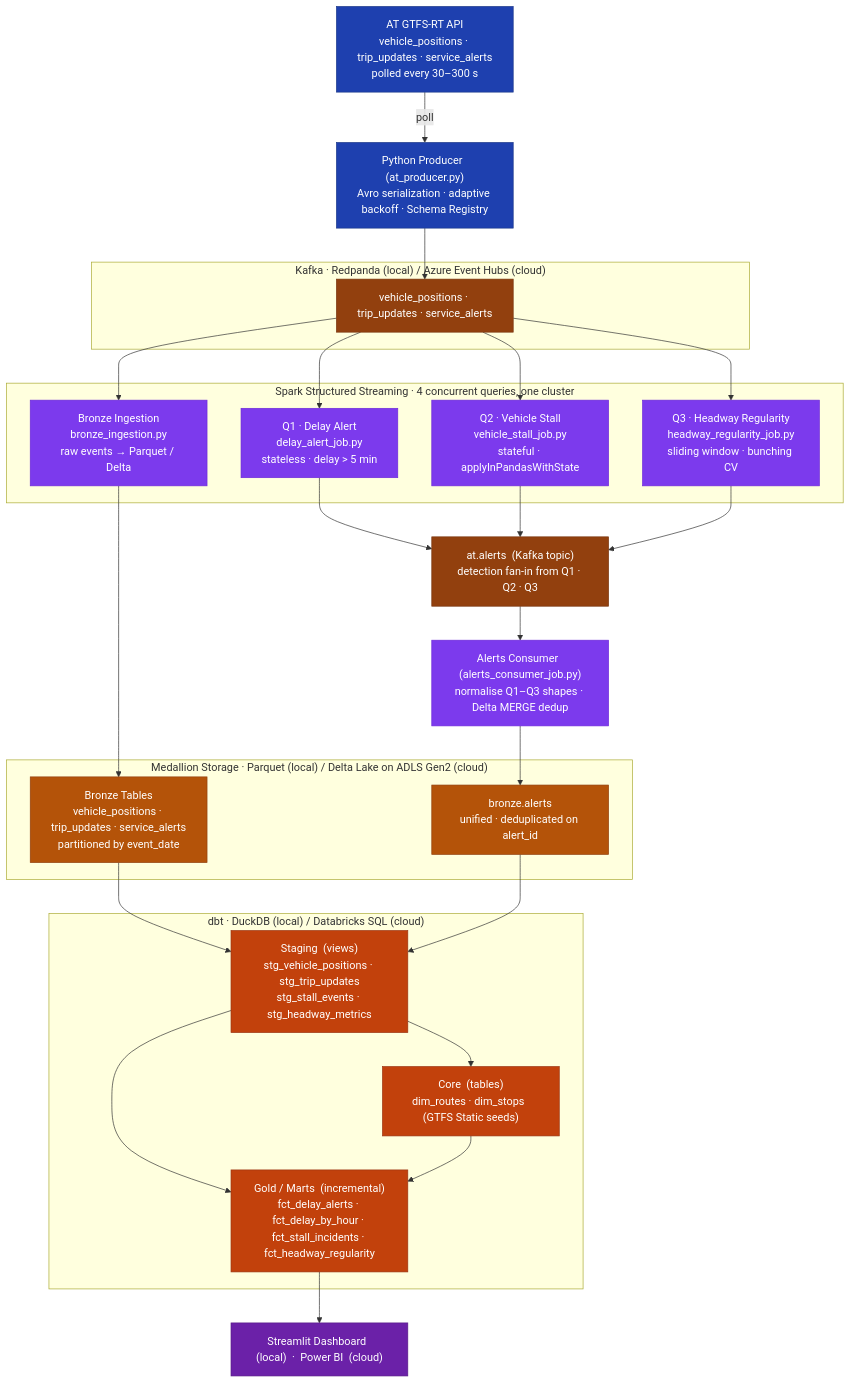
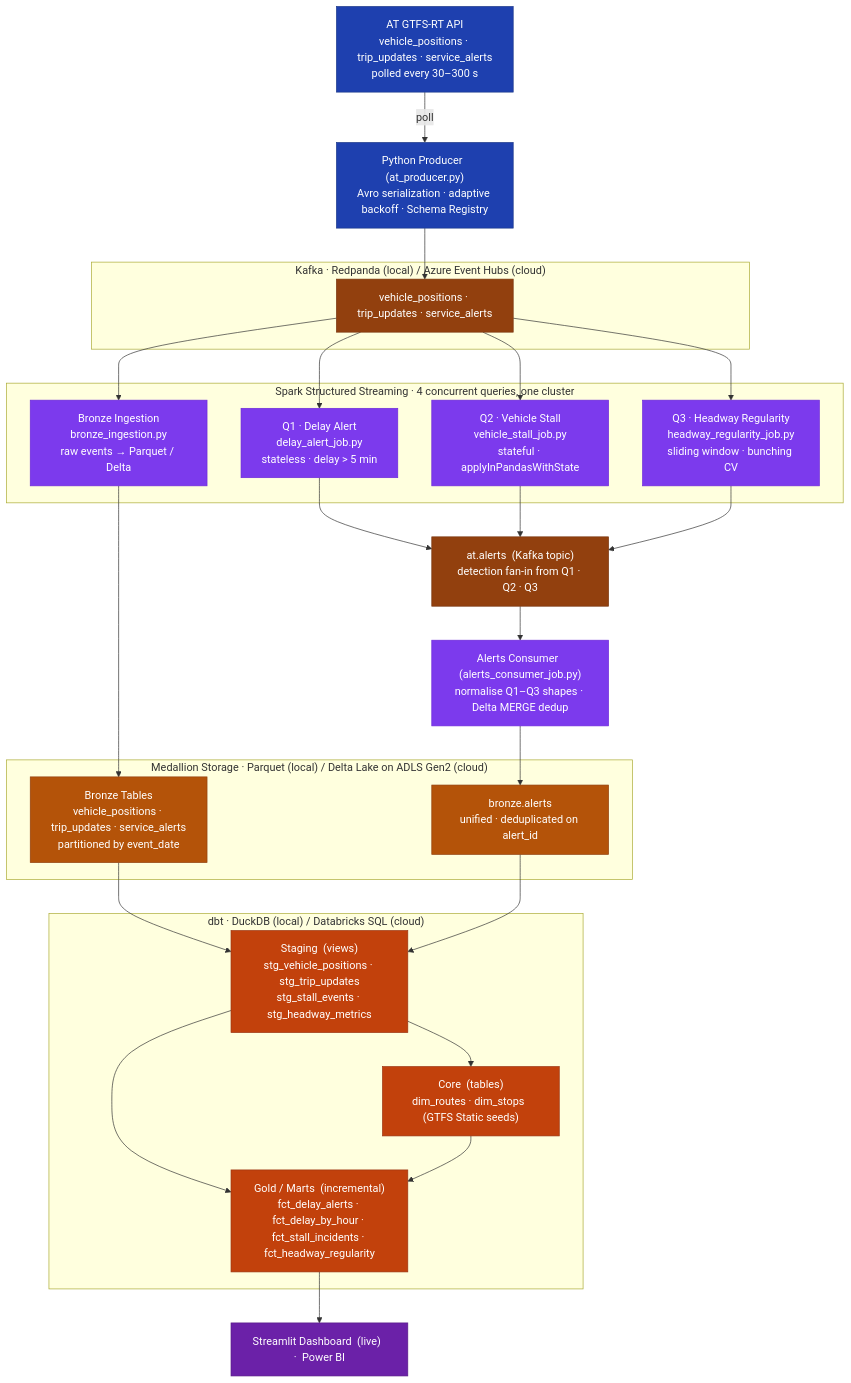
Before and after one commit to gaoxinglin/at-streaming-data-pipeline: the diagram in README.md, drawn with Mermaid. The commit also changed other lines of this file, not shown here.

Commit message:
docs: update README to clarify CI process and dashboard descriptions

````diff
--- a/README.md
+++ b/README.md
@@ -35,58 +36,58 @@
 ```mermaid
 flowchart TD
     API["AT GTFS-RT API\nvehicle_positions · trip_updates · service_alerts\npolled every 30–300 s"]
     PROD["Python Producer  (at_producer.py)\nAvro serialization · adaptive backoff · Schema Registry"]
 
     subgraph KAFKA["  Kafka  ·  Redpanda (local) / Azure Event Hubs (cloud)  "]
         KIN["vehicle_positions · trip_updates · service_alerts"]
     end
 
     subgraph SPARK["  Spark Structured Streaming  ·  4 concurrent queries, one cluster  "]
         BRZ["Bronze Ingestion\nbronze_ingestion.py\nraw events → Parquet / Delta"]
         Q1["Q1 · Delay Alert\ndelay_alert_job.py\nstateless · delay > 5 min"]
         Q2["Q2 · Vehicle Stall\nvehicle_stall_job.py\nstateful · applyInPandasWithState"]
         Q3["Q3 · Headway Regularity\nheadway_regularity_job.py\nsliding window · bunching CV"]
     end
 
     KOUT["at.alerts  (Kafka topic)\ndetection fan-in from Q1 · Q2 · Q3"]
     CONS["Alerts Consumer  (alerts_consumer_job.py)\nnormalise Q1–Q3 shapes · Delta MERGE dedup"]
 
     subgraph STORE["  Medallion Storage  ·  Parquet (local) / Delta Lake on ADLS Gen2 (cloud)  "]
         BT["Bronze Tables\nvehicle_positions · trip_updates · service_alerts\npartitioned by event_date"]
         BA["bronze.alerts\nunified · deduplicated on alert_id"]
     end
 
     subgraph TRANSFORM["  dbt  ·  DuckDB (local) / Databricks SQL (cloud)  "]
         STG["Staging  (views)\nstg_vehicle_positions · stg_trip_updates\nstg_stall_events · stg_headway_metrics"]
         CORE["Core  (tables)\ndim_routes · dim_stops  (GTFS Static seeds)"]
         GOLD["Gold / Marts  (incremental)\nfct_delay_alerts · fct_delay_by_hour · fct_stall_incidents · fct_headway_regularity"]
     end
 
-    DASH["Streamlit Dashboard  (local)  ·  Power BI  (cloud)"]
+    DASH["Streamlit Dashboard  (live)  ·  Power BI  "]
 
     API -->|"poll"| PROD
     PROD --> KIN
     KIN --> BRZ & Q1 & Q2 & Q3
     BRZ --> BT
     Q1 & Q2 & Q3 --> KOUT
     KOUT --> CONS
     CONS --> BA
     BT & BA --> STG
     STG --> CORE & GOLD
     CORE --> GOLD
     GOLD --> DASH
 
     classDef source   fill:#1e40af,color:#fff,stroke:#1e3a8a
     classDef kafka    fill:#92400e,color:#fff,stroke:#78350f
     classDef spark    fill:#7c3aed,color:#fff,stroke:#6d28d9
     classDef store    fill:#b45309,color:#fff,stroke:#92400e
     classDef dbt      fill:#c2410c,color:#fff,stroke:#9a3412
     classDef dash     fill:#6b21a8,color:#fff,stroke:#581c87
 
     class API,PROD source
     class KIN,KOUT kafka
     class BRZ,Q1,Q2,Q3,CONS spark
     class BT,BA store
     class STG,CORE,GOLD dbt
     class DASH dash
 ```
````
